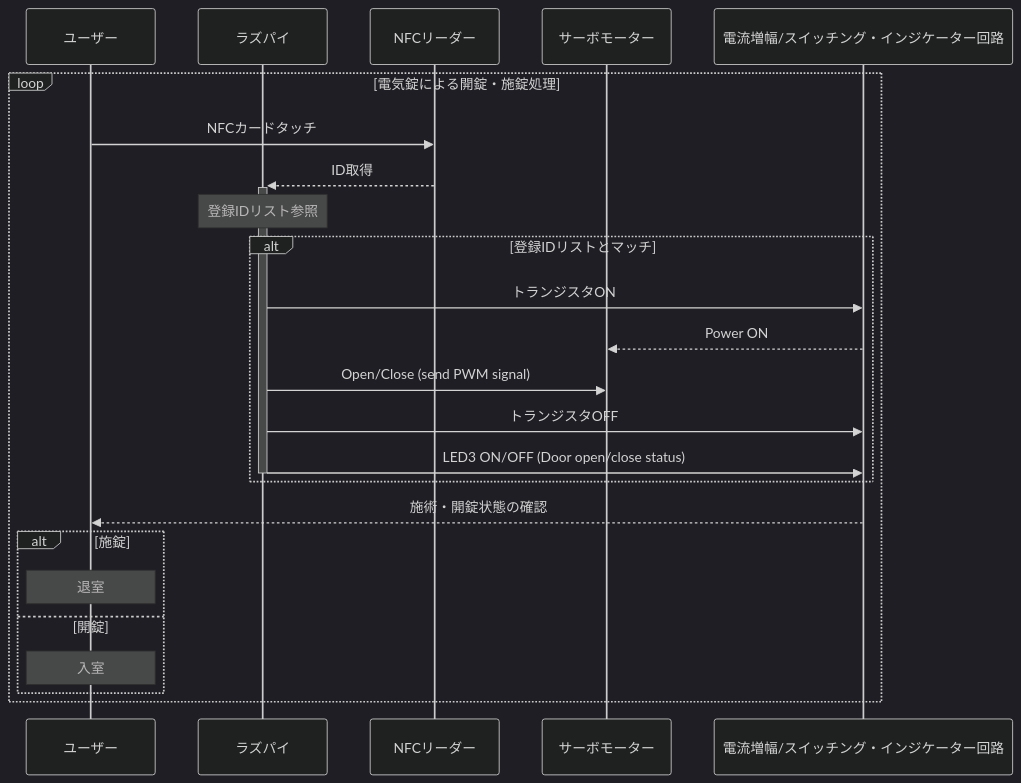
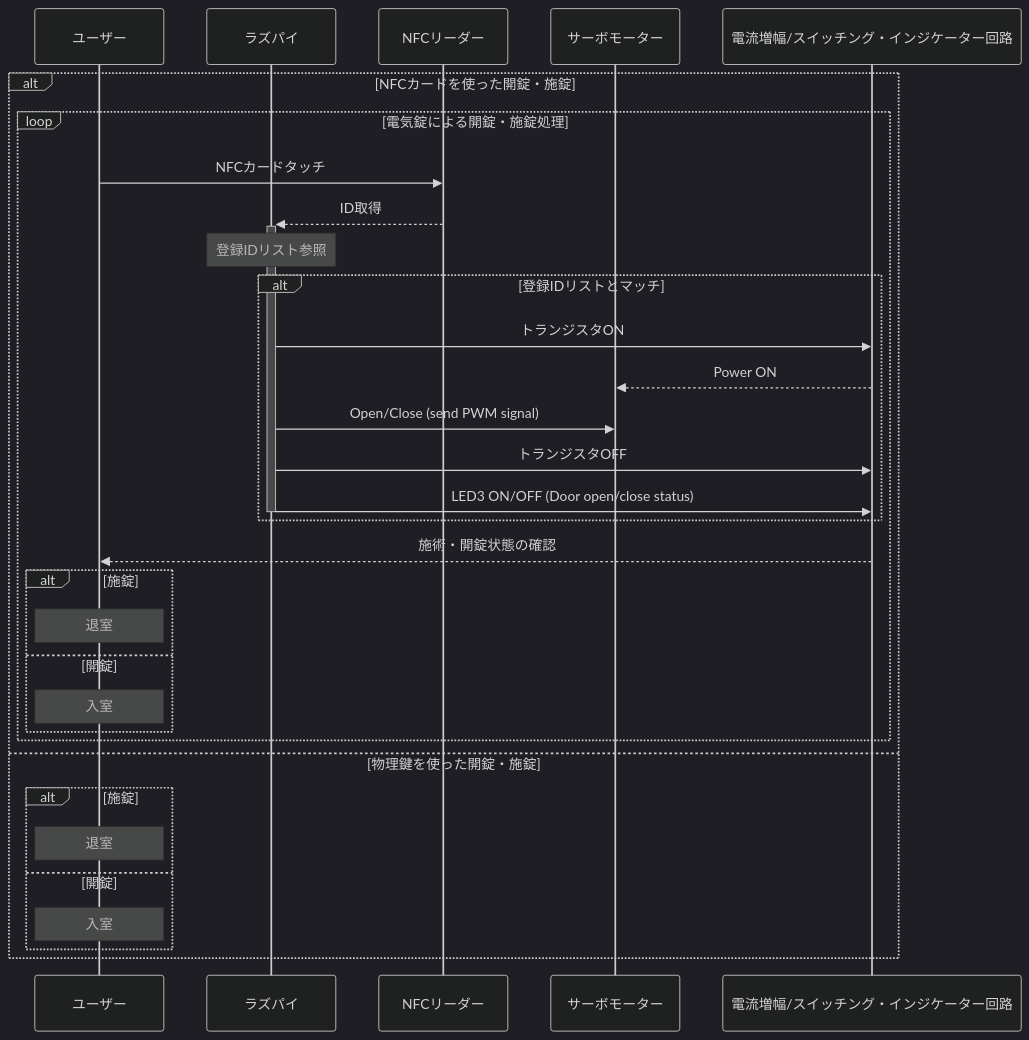
Before and after one commit to YUKI-SOKENDAI/SmartLock: the third of 3 diagrams in memo/SystemMEMO.md, drawn with Mermaid (dark theme).

````diff
--- a/memo/SystemMEMO.md
+++ b/memo/SystemMEMO.md
@@ -93,28 +93,37 @@
 ```mermaid
 sequenceDiagram
     participant user1 as ユーザー
     participant raspi as ラズパイ
     participant nfc as NFCリーダー
     participant servo as サーボモーター
     participant circuit as 電流増幅/スイッチング・インジケーター回路
 
-    loop 電気錠による開錠・施錠処理
-        user1->>nfc: NFCカードタッチ
-        nfc-->>+raspi:ID取得
-        Note over raspi: 登録IDリスト参照
-        alt 登録IDリストとマッチ
-            raspi->>circuit: トランジスタON
-            circuit-->>servo: Power ON
-            raspi->>servo: Open/Close (send PWM signal)
-            raspi->>circuit: トランジスタOFF
-            raspi->>-circuit: LED3 ON/OFF (Door open/close status) 
+    alt NFCカードを使った開錠・施錠
+        loop 電気錠による開錠・施錠処理
+            user1->>nfc: NFCカードタッチ
+            nfc-->>+raspi:ID取得
+            Note over raspi: 登録IDリスト参照
+            alt 登録IDリストとマッチ
+                raspi->>circuit: トランジスタON
+                circuit-->>servo: Power ON
+                raspi->>servo: Open/Close (send PWM signal)
+                raspi->>circuit: トランジスタOFF
+                raspi->>-circuit: LED3 ON/OFF (Door open/close status) 
+            end
+    
+            circuit-->>user1 : 施術・開錠状態の確認
+            alt 施錠
+                Note over user1 :退室
+            else 開錠
+                Note over user1 :入室
+            end
         end
-    
-        circuit-->>user1 : 施術・開錠状態の確認
+    else 物理鍵を使った開錠・施錠
         alt 施錠
             Note over user1 :退室
         else 開錠
             Note over user1 :入室
         end
     end
+        
 ```
````
